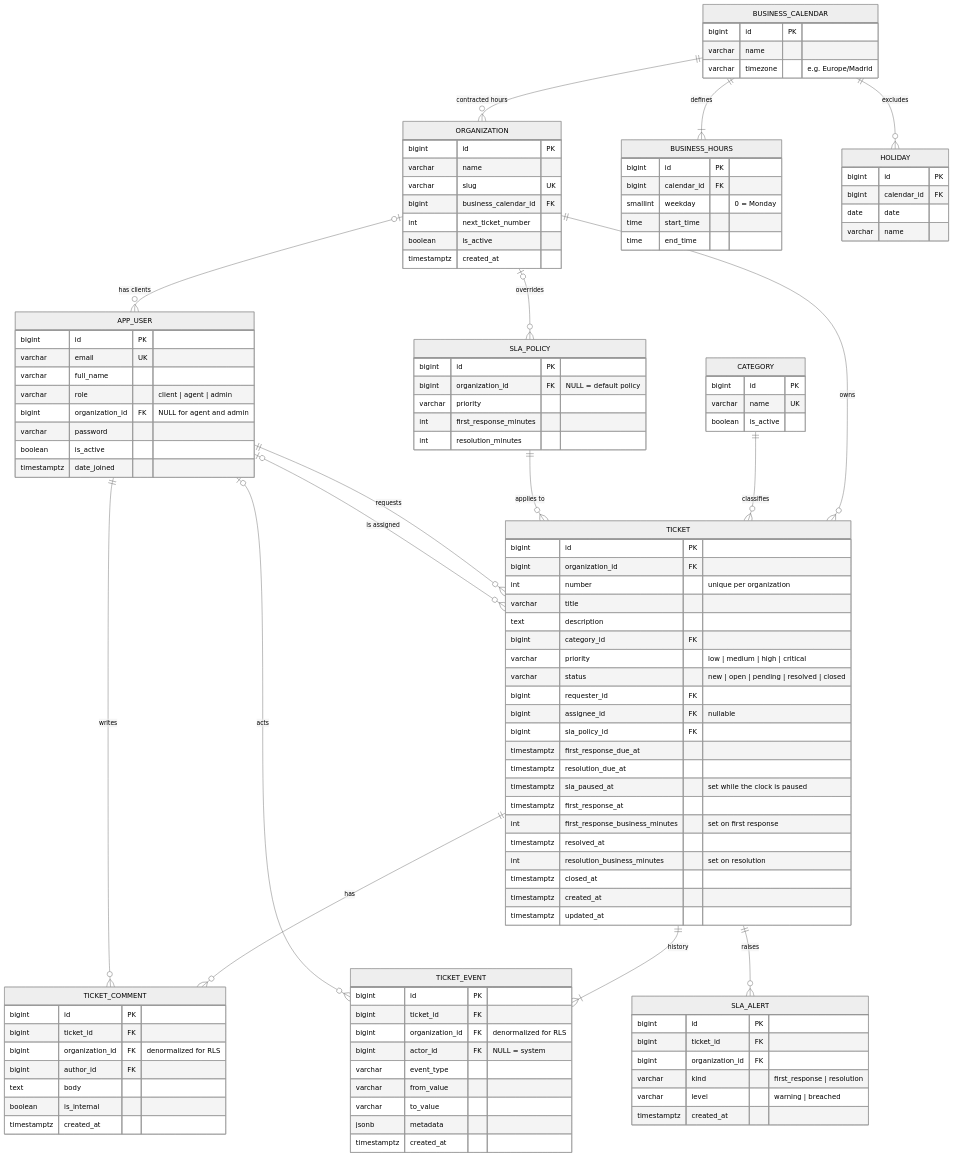
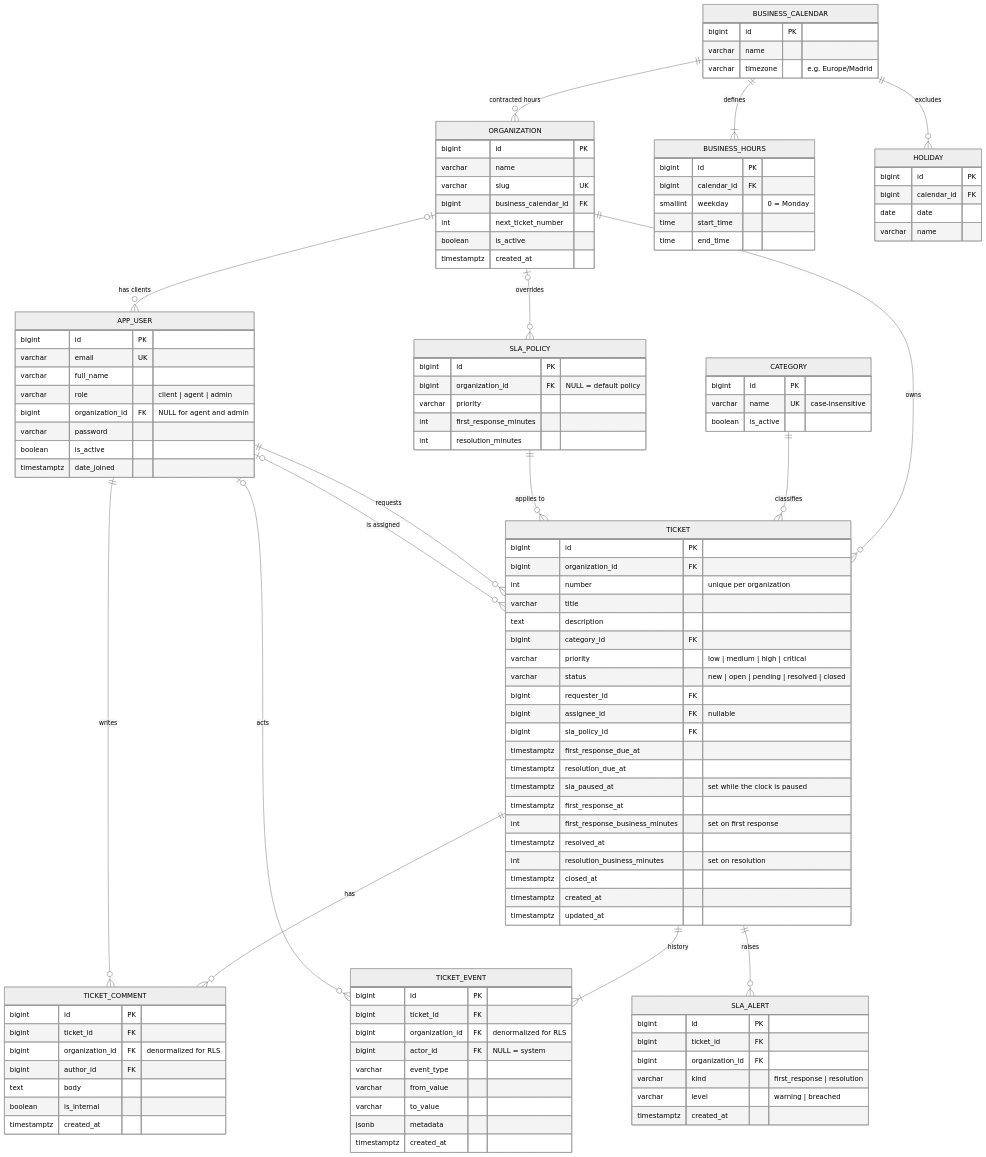
One commit to maarino02/helpdesk-sla changed the diagram in docs/data-model.md. Above: the diagram before and after it, drawn with Mermaid (neutral theme). The commit also changed other lines of this file, not shown here.

```diff
--- a/docs/data-model.md
+++ b/docs/data-model.md
@@ -44,7 +44,7 @@
     }
     CATEGORY {
         bigint id PK
-        varchar name UK
+        varchar name UK "case-insensitive"
         boolean is_active
     }
     BUSINESS_CALENDAR {
```
